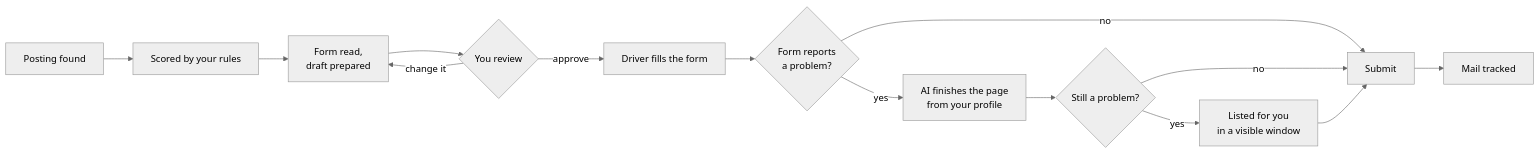
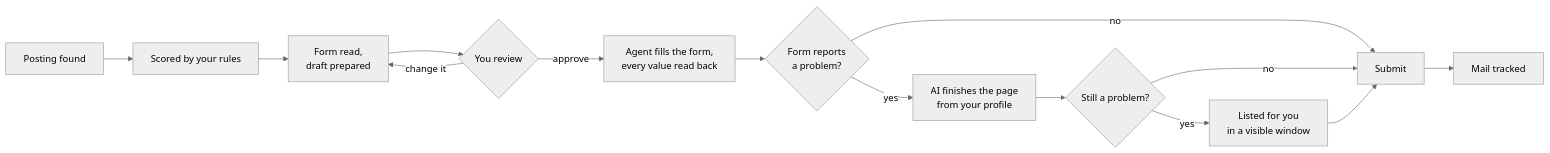
Before and after one commit to Liam-Frost/AutoApply: the diagram in README.md, drawn with Mermaid (neutral theme). The commit also changed other lines of this file and 8 other files, not shown here.

````diff
--- a/README.md
+++ b/README.md
@@ -108,16 +108,16 @@
 ```mermaid
 flowchart LR
     A[Posting found] --> B[Scored by your rules]
     B --> C[Form read,<br>draft prepared]
     C --> D{You review}
     D -- change it --> C
-    D -- approve --> E[Driver fills the form]
+    D -- approve --> E[Agent fills the form,<br>every value read back]
     E --> F{Form reports<br>a problem?}
     F -- no --> H[Submit]
     F -- yes --> G[AI finishes the page<br>from your profile]
     G --> F2{Still a problem?}
     F2 -- no --> H
     F2 -- yes --> I[Listed for you<br>in a visible window]
     I --> H
     H --> J[Mail tracked]
 ```
````
